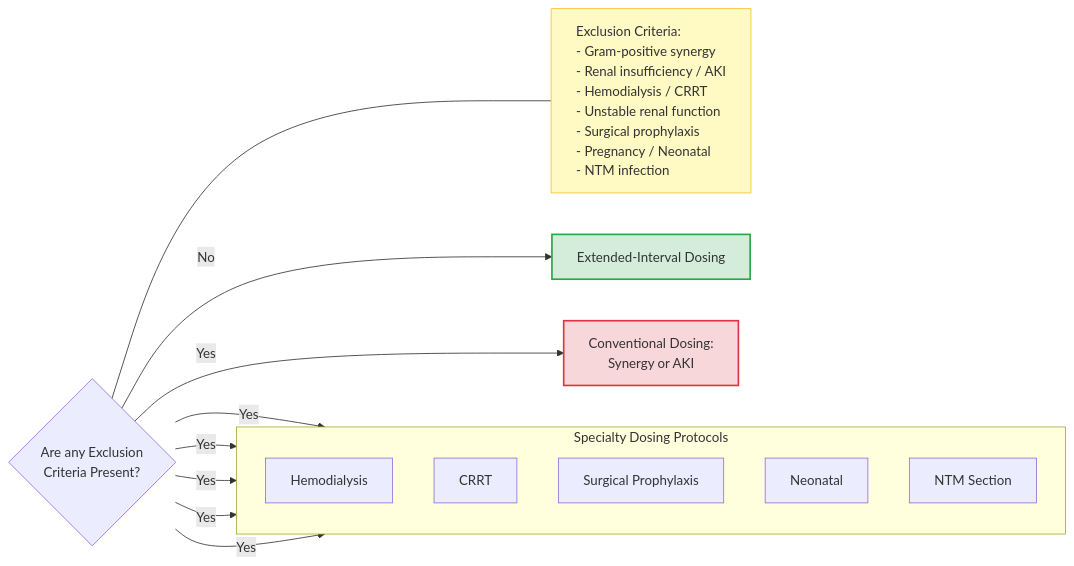
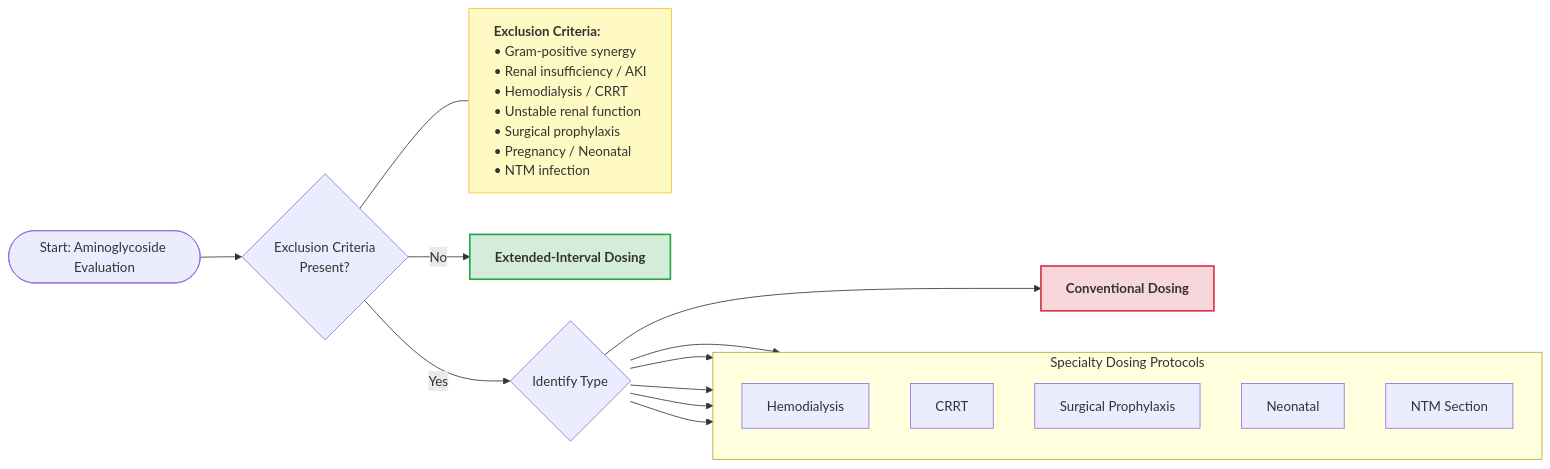
One commit to shemtsai/Aminoglycoside-Calculator changed the diagram in dosing-strategy.md. Above: the diagram before and after it, drawn with Mermaid.

````diff
--- a/dosing-strategy.md
+++ b/dosing-strategy.md
@@ -38,43 +38,34 @@
 ```mermaid
 flowchart LR
-    %% Main Entry Point
-    Criteria{"Are any Exclusion
-    Criteria Present?"}
+    Start([Start: Aminoglycoside Evaluation]) --> Criteria{Exclusion Criteria<br/>Present?}
     
-    %% The "Sticky Note" List
-    Criteria --- List[Exclusion Criteria:
-    - Gram-positive synergy
-    - Renal insufficiency / AKI
-    - Hemodialysis / CRRT
-    - Unstable renal function
-    - Surgical prophylaxis
-    - Pregnancy / Neonatal
-    - NTM infection]
-    
+    %% Exclusion List Callout
+    Criteria --- List[<b>Exclusion Criteria:</b><br/>• Gram-positive synergy<br/>• Renal insufficiency / AKI<br/>• Hemodialysis / CRRT<br/>• Unstable renal function<br/>• Surgical prophylaxis<br/>• Pregnancy / Neonatal<br/>• NTM infection]
     style List fill:#fff9c4,stroke:#fbc02d,text-align:left
 
-    %% The "No" Path
-    Criteria -- "No" --> EI[Extended-Interval Dosing]
+    %% Main Path
+    Criteria -- No --> EI[<b>Extended-Interval Dosing</b>]
     style EI fill:#d4edda,stroke:#28a745,stroke-width:2px
 
-    %% The "Yes" Path
-    Criteria -- "Yes" --> F[Conventional Dosing:
-    Synergy or AKI]
+    %% Exclusion Branching
+    Criteria -- Yes --> ExclusionType{Identify Type}
+
+    ExclusionType --> F[<b>Conventional Dosing</b>]
     style F fill:#f8d7da,stroke:#dc3545,stroke-width:2px
 
-    %% Specialty protocols grouped on the right
+    %% Right-side Protocols
     subgraph Specialty_Protocols [Specialty Dosing Protocols]
         direction TB
         G[Hemodialysis]
         H[CRRT]
         I[Surgical Prophylaxis]
         J[Neonatal]
         K[NTM Section]
     end
 
-    Criteria -- "Yes" --> G
-    Criteria -- "Yes" --> H
-    Criteria -- "Yes" --> I
-    Criteria -- "Yes" --> J
-    Criteria -- "Yes" --> K
+    ExclusionType --> G
+    ExclusionType --> H
+    ExclusionType --> I
+    ExclusionType --> J
+    ExclusionType --> K
 ```
````
